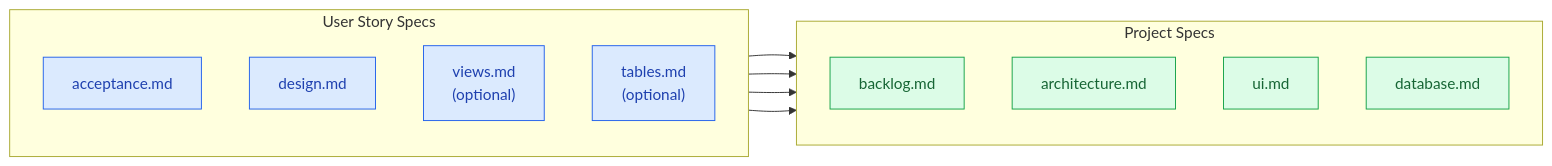
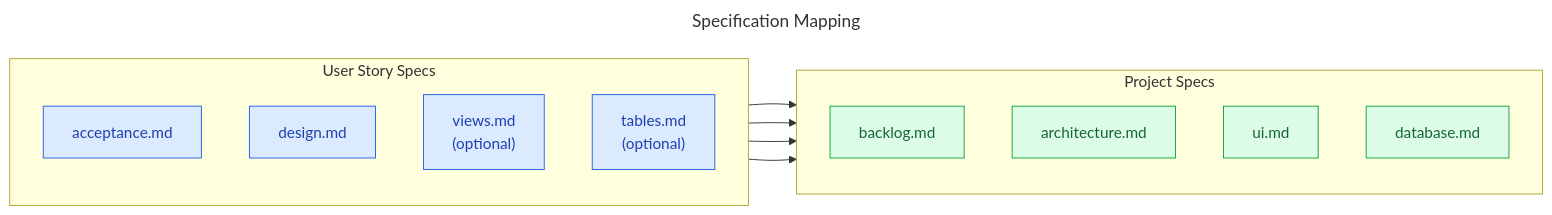
The tenth of 10 diagrams in README.md (mtov/AgileSpec), drawn with Mermaid before and after one commit. The commit also changed other lines of this file and 1 other file, not shown here.

````diff
--- a/README.md
+++ b/README.md
@@ -448,29 +453,32 @@
 ```mermaid
+---
+title: Specification Mapping
+---
 flowchart LR
     subgraph S["User Story Specs"]
         direction TB
         S0["acceptance.md"]
         S1["design.md"]
         S2["views.md<br/>(optional)"]
         S3["tables.md<br/>(optional)"]
     end
 
     subgraph P["Project Specs"]
         direction TB
         P0["backlog.md"]
         P1["architecture.md"]
         P2["ui.md"]
         P3["database.md"]
     end
 
     S0 --> P0
     S1 --> P1
     S2 --> P2
     S3 --> P3
 
     classDef story fill:#dbeafe,stroke:#2563eb,color:#1e40af
     classDef project fill:#dcfce7,stroke:#16a34a,color:#166534
 
     class S0,S1,S2,S3 story
     class P0,P1,P2,P3 project
 ```
````
